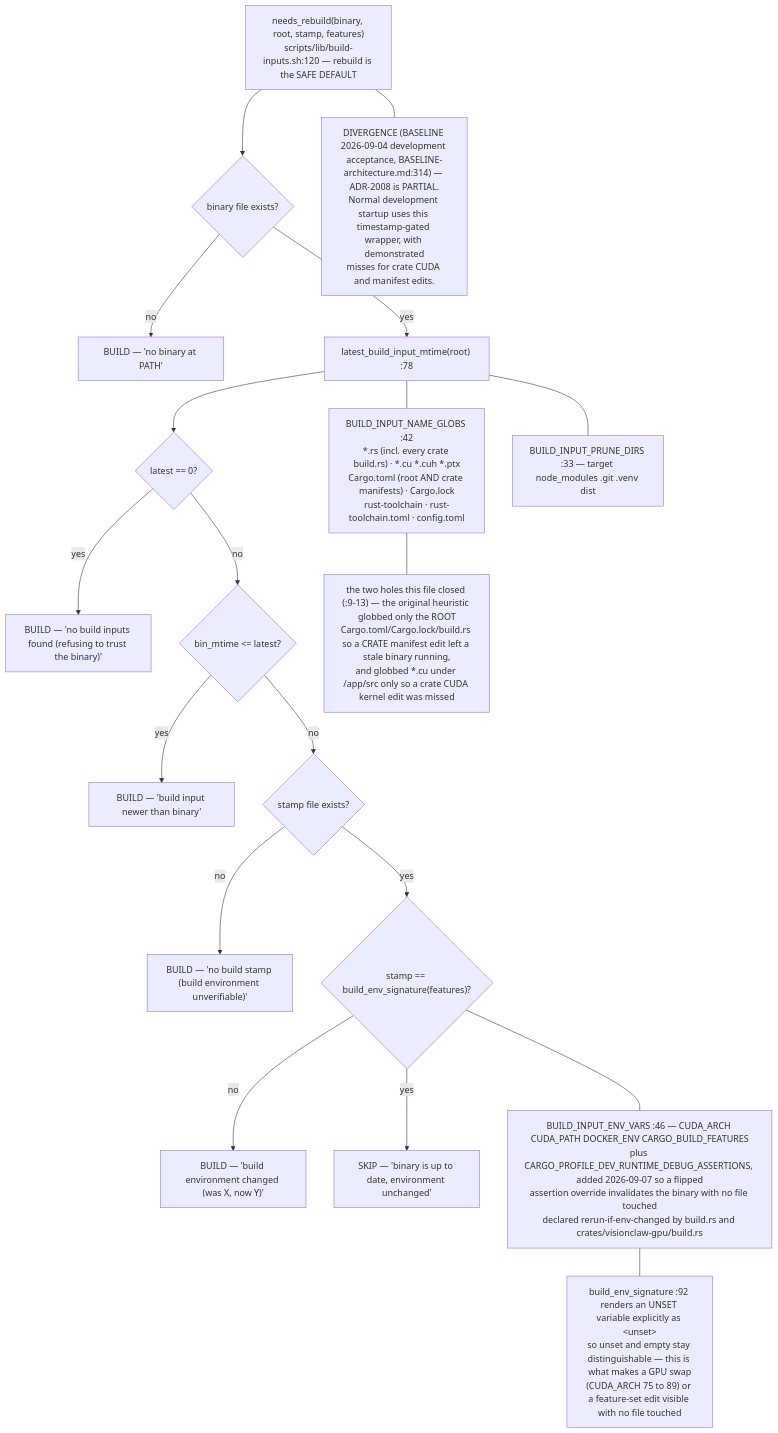
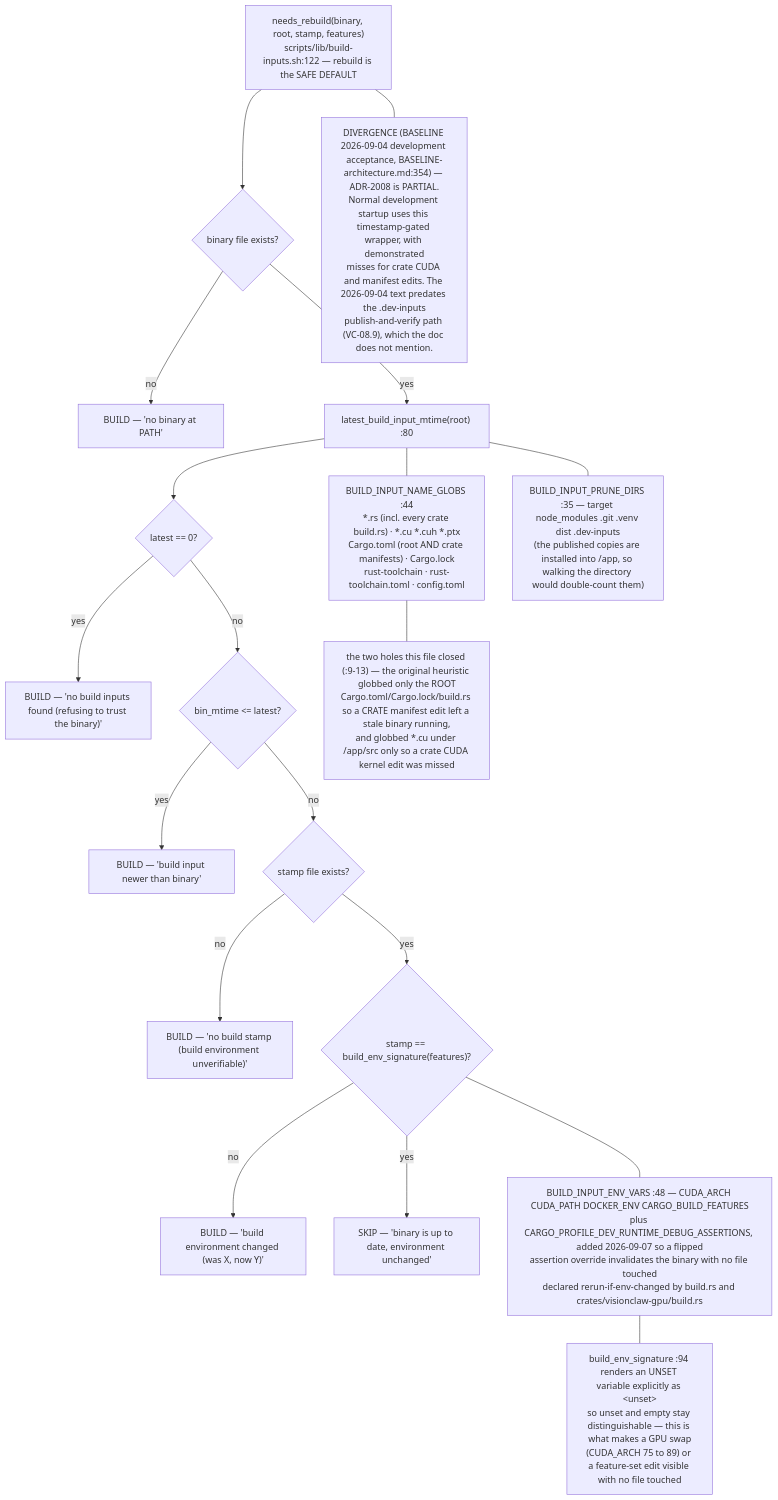
The seventh of 9 diagrams in docs/diagrams/visionclaw/08-observability-health-and-dev-loop.md (DreamLab-AI/VisionFlow), drawn with Mermaid before and after one commit. The commit also changed other lines of this file and 160 other files, not shown here.

````diff
--- a/docs/diagrams/visionclaw/08-observability-health-and-dev-loop.md
+++ b/docs/diagrams/visionclaw/08-observability-health-and-dev-loop.md
@@ -244,28 +253,28 @@
 ```mermaid
 flowchart TB
-    NR["needs_rebuild(binary, root, stamp, features)<br/>scripts/lib/build-inputs.sh:120 — rebuild is the SAFE DEFAULT"]
+    NR["needs_rebuild(binary, root, stamp, features)<br/>scripts/lib/build-inputs.sh:122 — rebuild is the SAFE DEFAULT"]
     NR --> C1{"binary file exists?"}
     C1 -->|no| B1["BUILD — 'no binary at PATH'"]
-    C1 -->|yes| C2["latest_build_input_mtime(root) :78"]
+    C1 -->|yes| C2["latest_build_input_mtime(root) :80"]
     C2 --> C3{"latest == 0?"}
     C3 -->|yes| B2["BUILD — 'no build inputs found (refusing to trust the binary)'"]
     C3 -->|no| C4{"bin_mtime <= latest?"}
     C4 -->|yes| B3["BUILD — 'build input newer than binary'"]
     C4 -->|no| C5{"stamp file exists?"}
     C5 -->|no| B4["BUILD — 'no build stamp (build environment unverifiable)'"]
     C5 -->|yes| C6{"stamp == build_env_signature(features)?"}
     C6 -->|no| B5["BUILD — 'build environment changed (was X, now Y)'"]
     C6 -->|yes| SK["SKIP — 'binary is up to date, environment unchanged'"]
-    GLOB["BUILD_INPUT_NAME_GLOBS :42<br/>*.rs (incl. every crate build.rs) · *.cu *.cuh *.ptx<br/>Cargo.toml (root AND crate manifests) · Cargo.lock<br/>rust-toolchain · rust-toolchain.toml · config.toml"]
-    PRUNE["BUILD_INPUT_PRUNE_DIRS :33 — target node_modules .git .venv dist"]
-    ENVV["BUILD_INPUT_ENV_VARS :46 — CUDA_ARCH CUDA_PATH DOCKER_ENV CARGO_BUILD_FEATURES<br/>plus CARGO_PROFILE_DEV_RUNTIME_DEBUG_ASSERTIONS, added 2026-09-07 so a flipped<br/>assertion override invalidates the binary with no file touched<br/>declared rerun-if-env-changed by build.rs and crates/visionclaw-gpu/build.rs"]
+    GLOB["BUILD_INPUT_NAME_GLOBS :44<br/>*.rs (incl. every crate build.rs) · *.cu *.cuh *.ptx<br/>Cargo.toml (root AND crate manifests) · Cargo.lock<br/>rust-toolchain · rust-toolchain.toml · config.toml"]
+    PRUNE["BUILD_INPUT_PRUNE_DIRS :35 — target node_modules .git .venv dist .dev-inputs<br/>(the published copies are installed into /app, so walking the directory would double-count them)"]
+    ENVV["BUILD_INPUT_ENV_VARS :48 — CUDA_ARCH CUDA_PATH DOCKER_ENV CARGO_BUILD_FEATURES<br/>plus CARGO_PROFILE_DEV_RUNTIME_DEBUG_ASSERTIONS, added 2026-09-07 so a flipped<br/>assertion override invalidates the binary with no file touched<br/>declared rerun-if-env-changed by build.rs and crates/visionclaw-gpu/build.rs"]
     C2 --- GLOB
     C2 --- PRUNE
     C6 --- ENVV
-    SIG["build_env_signature :92 renders an UNSET variable explicitly as &lt;unset&gt;<br/>so unset and empty stay distinguishable — this is what makes a GPU swap<br/>(CUDA_ARCH 75 to 89) or a feature-set edit visible with no file touched"]
+    SIG["build_env_signature :94 renders an UNSET variable explicitly as &lt;unset&gt;<br/>so unset and empty stay distinguishable — this is what makes a GPU swap<br/>(CUDA_ARCH 75 to 89) or a feature-set edit visible with no file touched"]
     ENVV --- SIG
     HOLES["the two holes this file closed (:9-13) — the original heuristic globbed only the ROOT<br/>Cargo.toml/Cargo.lock/build.rs so a CRATE manifest edit left a stale binary running,<br/>and globbed *.cu under /app/src only so a crate CUDA kernel edit was missed"]
     GLOB --- HOLES
-    DIV["DIVERGENCE (BASELINE 2026-09-04 development acceptance, BASELINE-architecture.md:314) — ADR-2008 is PARTIAL.<br/>Normal development startup uses this timestamp-gated wrapper, with demonstrated<br/>misses for crate CUDA and manifest edits."]
+    DIV["DIVERGENCE (BASELINE 2026-09-04 development acceptance, BASELINE-architecture.md:354) — ADR-2008 is PARTIAL.<br/>Normal development startup uses this timestamp-gated wrapper, with demonstrated<br/>misses for crate CUDA and manifest edits. The 2026-09-04 text predates the .dev-inputs<br/>publish-and-verify path (VC-08.9), which the doc does not mention."]
     NR --- DIV
 ```
````
